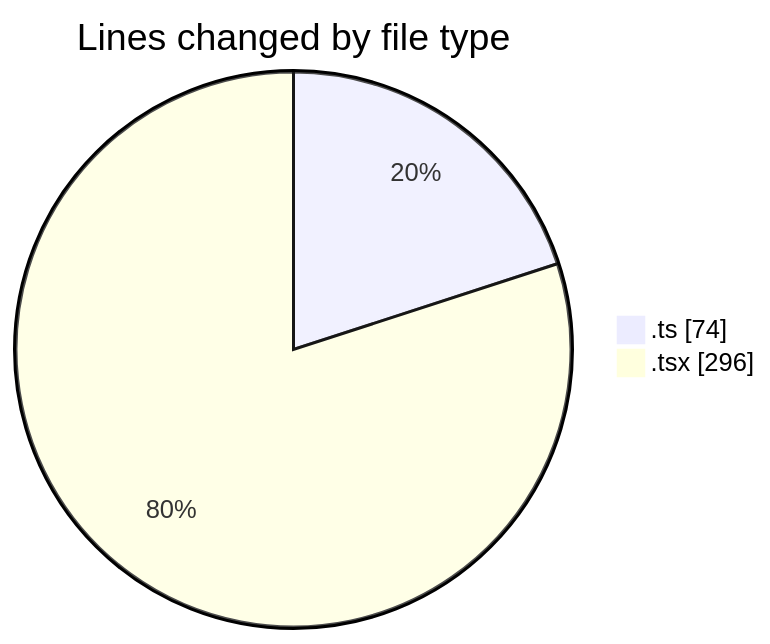
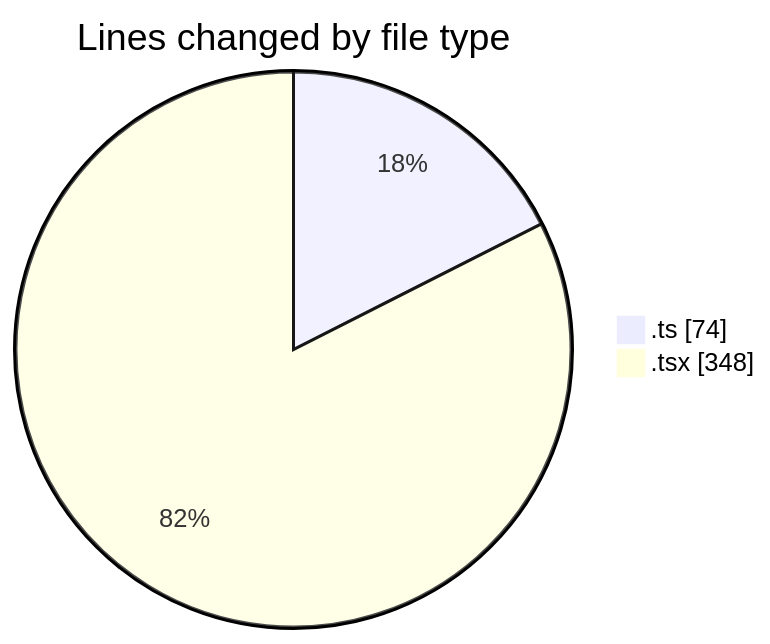
One commit to robertbonfada/code-tracking changed the first of 2 diagrams in 2025-01-25/termonied-web/README.md. Above: the diagram before and after it, drawn with Mermaid. The commit also changed other lines of this file and 1 other file, not shown here.

````diff
--- a/2025-01-25/termonied-web/README.md
+++ b/2025-01-25/termonied-web/README.md
@@ -21,6 +21,6 @@
 ```mermaid
 pie showData
 title Lines changed by file type
 ".ts" : 74
-".tsx" : 296
+".tsx" : 348
 ```
````
